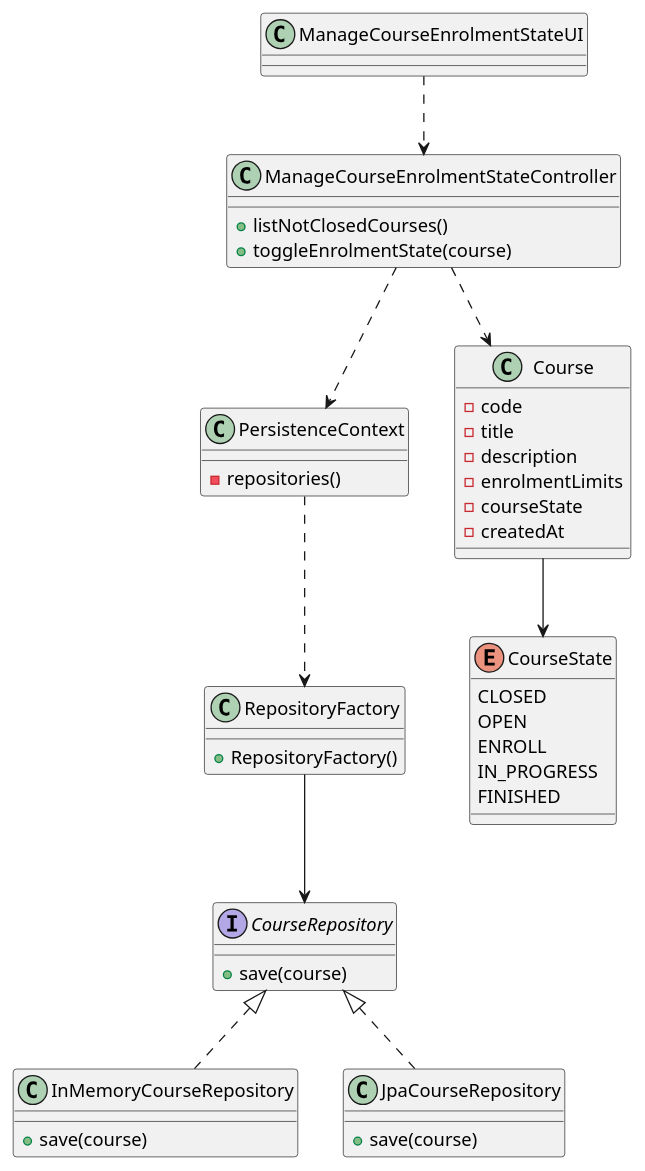
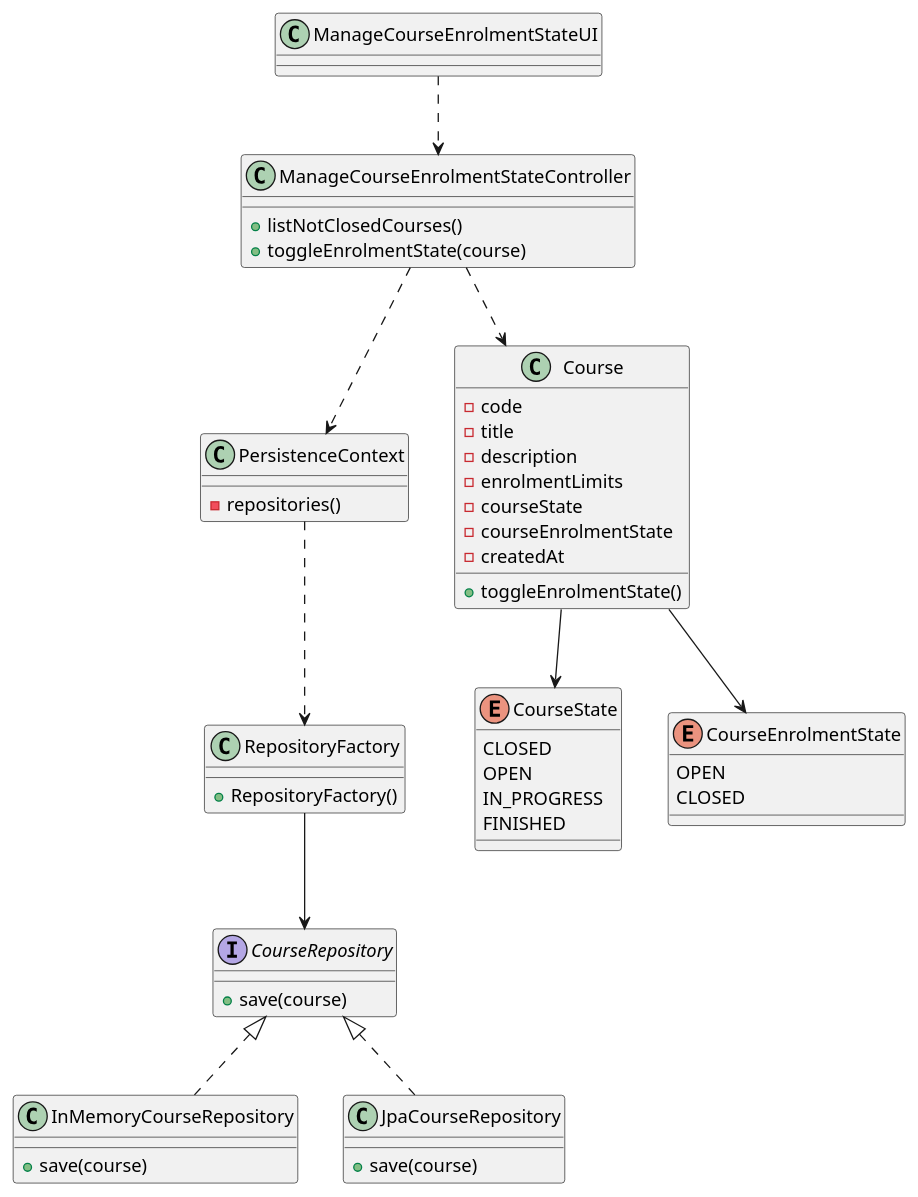
One commit to miseEnPlace-dev/lapr4 changed the diagram in docs/sprint-b/us09-1003/US1003_CD.puml. Above: the diagram before and after it, drawn with PlantUML. The commit also changed 2 other files, not shown here.

Commit message:
docs: updated readme with enrolment state (#16)

```diff
--- a/docs/sprint-b/us09-1003/US1003_CD.puml
+++ b/docs/sprint-b/us09-1003/US1003_CD.puml
@@ -1,58 +1,66 @@
 @startuml US1003_CD
 
 class RepositoryFactory {
   + RepositoryFactory()
 }
 
 interface CourseRepository {
   + save(course)
 }
 
 class InMemoryCourseRepository {
   + save(course)
 }
 
 class JpaCourseRepository {
   + save(course)
 }
 
 class PersistenceContext {
   - repositories()
 }
 
 class ManageCourseEnrolmentStateUI {}
 
 class ManageCourseEnrolmentStateController {
   + listNotClosedCourses()
   + toggleEnrolmentState(course)
 }
 
 class Course {
   - code
   - title
   - description
   - enrolmentLimits
   - courseState
+  - courseEnrolmentState
   - createdAt
+
+  + toggleEnrolmentState()
 }
 
 enum CourseState {
   CLOSED
   OPEN
-  ENROLL
   IN_PROGRESS
   FINISHED
+}
+
+enum CourseEnrolmentState {
+  OPEN
+  CLOSED
 }
 
 ManageCourseEnrolmentStateUI ..> ManageCourseEnrolmentStateController
 ManageCourseEnrolmentStateController ..> PersistenceContext
 ManageCourseEnrolmentStateController ..> Course
 PersistenceContext ..> RepositoryFactory
 RepositoryFactory --> CourseRepository
 
 CourseRepository <|.. InMemoryCourseRepository
 CourseRepository <|.. JpaCourseRepository
 
 Course --> CourseState
+Course --> CourseEnrolmentState
 
 @enduml
```
